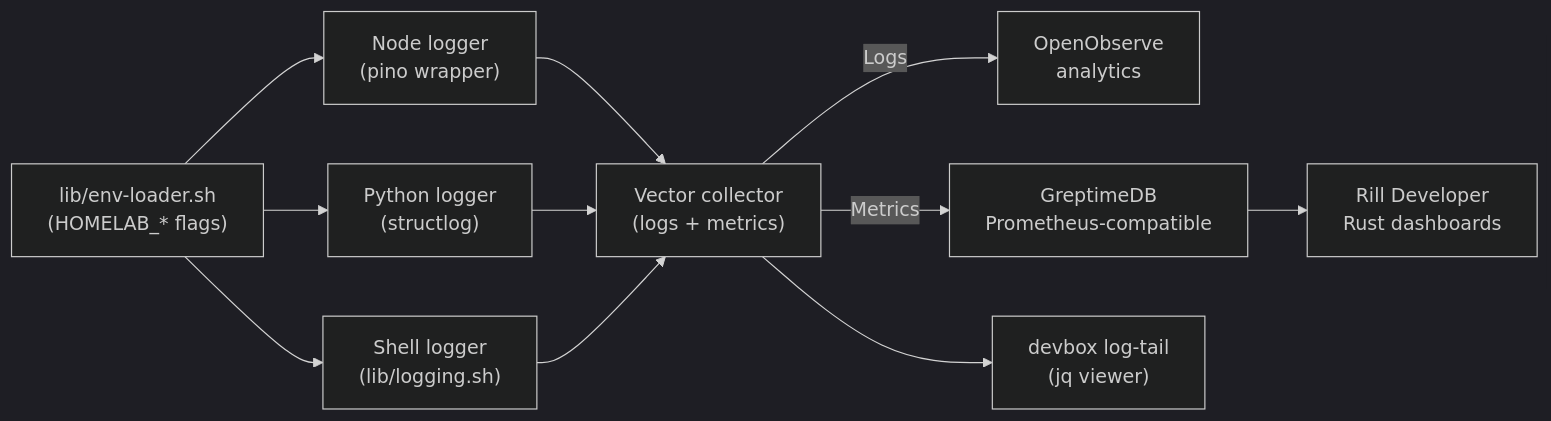
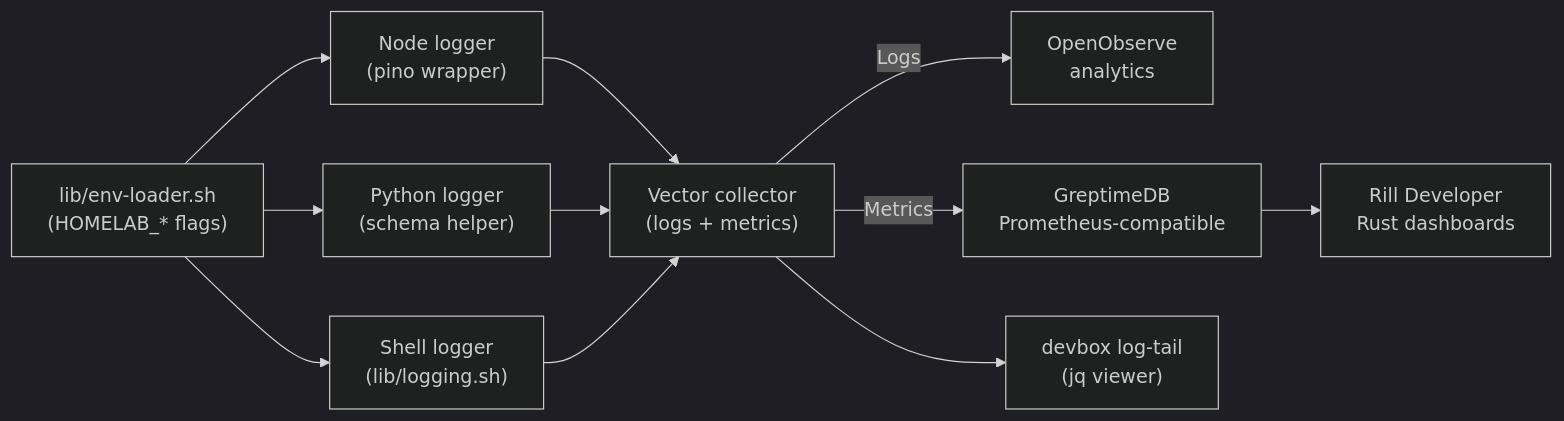
One commit to SPRIME01/homelab changed the diagram in docs/logging.md. Above: the diagram before and after it, drawn with Mermaid (dark theme). The commit also changed other lines of this file and 38 other files, not shown here.

````diff
--- a/docs/logging.md
+++ b/docs/logging.md
@@ -4,13 +4,13 @@
 ```mermaid
 flowchart LR
     EnvLoader["lib/env-loader.sh\n(HOMELAB_* flags)"] --> NodeLogger["Node logger\n(pino wrapper)"]
-    EnvLoader --> PyLogger["Python logger\n(structlog)"]
+    EnvLoader --> PyLogger["Python logger\n(schema helper)"]
     EnvLoader --> ShellLogger["Shell logger\n(lib/logging.sh)"]
     NodeLogger --> Vector["Vector collector\n(logs + metrics)"]
     PyLogger --> Vector
     ShellLogger --> Vector
     Vector -->|Logs| OpenObserve["OpenObserve\nanalytics"]
     Vector -->|Metrics| Greptime["GreptimeDB\nPrometheus-compatible"]
     Greptime --> Rill["Rill Developer\nRust dashboards"]
     Vector --> DevTail["devbox log-tail\n(jq viewer)"]
 ```
````
